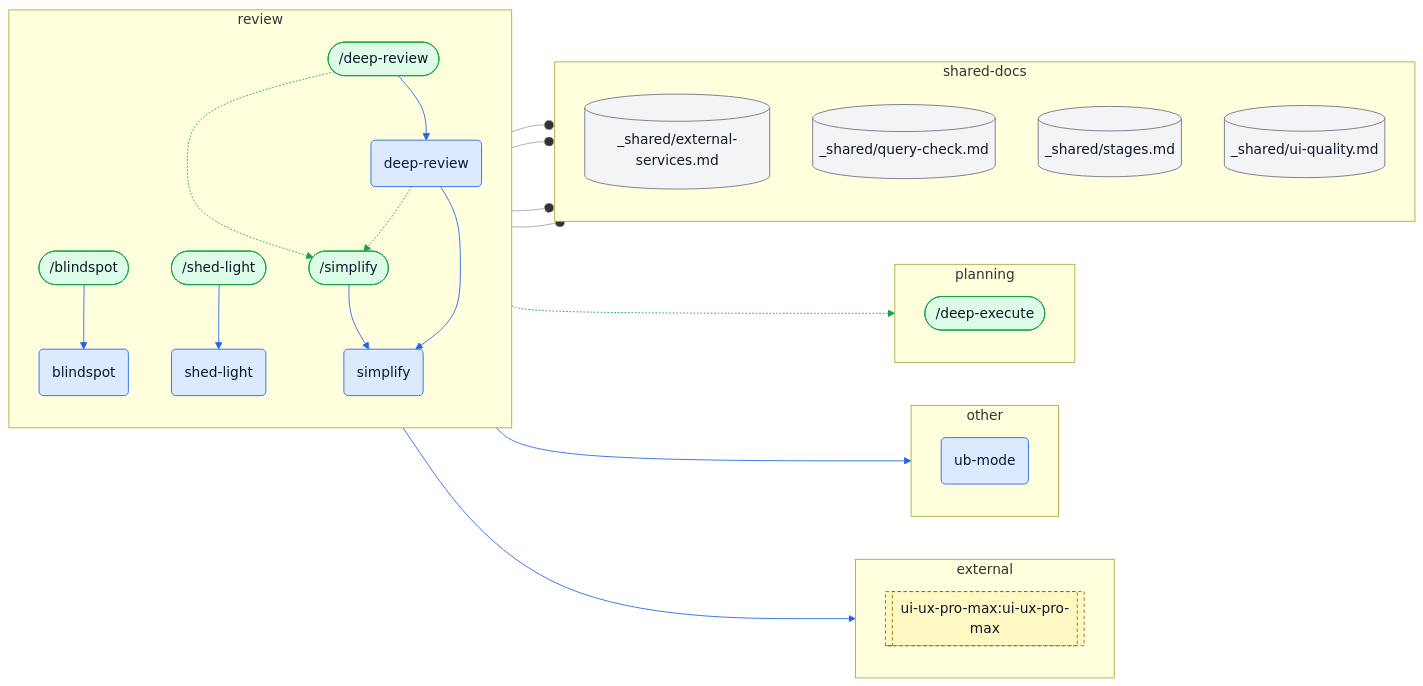
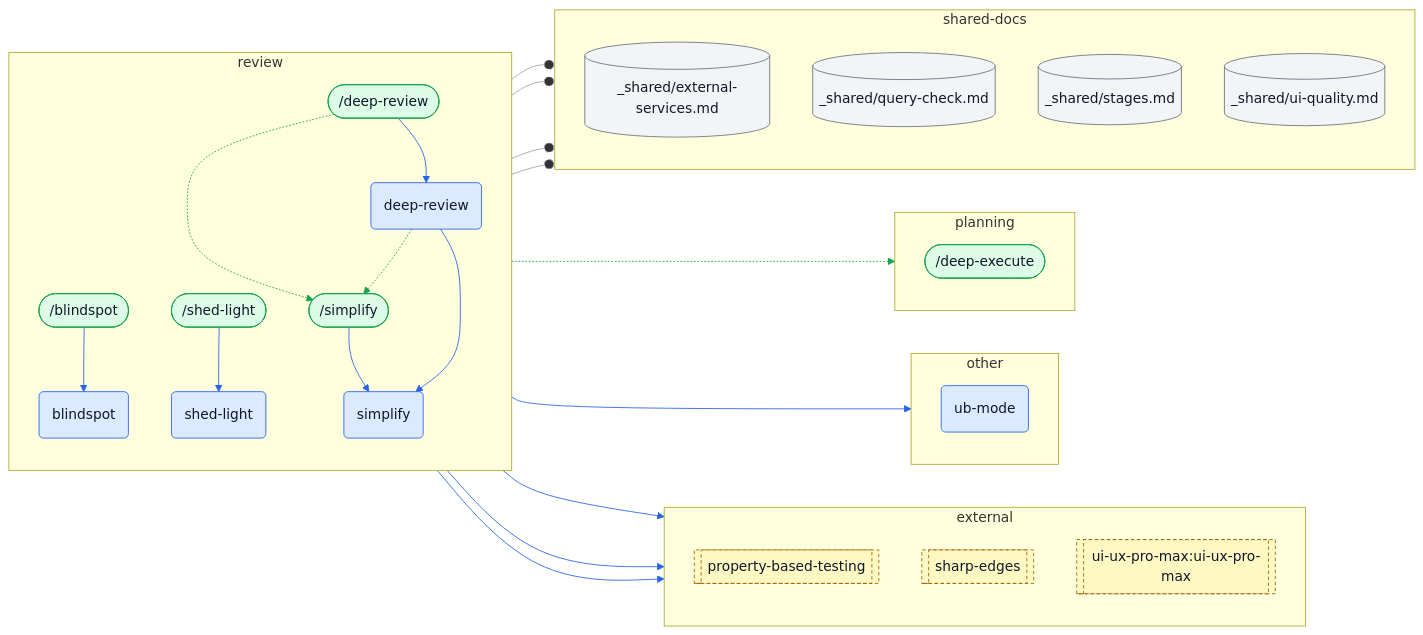
Before and after one commit to ybarsotti/dotfiles: the seventh of 10 diagrams in docs/skills-map.md, drawn with Mermaid. The commit also changed other lines of this file and 12 other files, not shown here.

````diff
--- a/docs/skills-map.md
+++ b/docs/skills-map.md
@@ -788,67 +791,73 @@
 ```mermaid
 flowchart LR
   subgraph cl_external["external"]
     direction TB
+    x_property_based_testing[["property-based-testing"]]:::external
+    x_sharp_edges[["sharp-edges"]]:::external
     x_ui_ux_pro_max_ui_ux_pro_max[["ui-ux-pro-max:ui-ux-pro-max"]]:::external
   end
   subgraph cl_other["other"]
     direction TB
     s_ub_mode("ub-mode"):::skill
   end
   subgraph cl_planning["planning"]
     direction TB
     c_deep_execute(["/deep-execute"]):::command
   end
   subgraph cl_review["review"]
     direction TB
     c_blindspot(["/blindspot"]):::command
     c_deep_review(["/deep-review"]):::command
     c_shed_light(["/shed-light"]):::command
     c_simplify(["/simplify"]):::command
     s_blindspot("blindspot"):::skill
     s_deep_review("deep-review"):::skill
     s_shed_light("shed-light"):::skill
     s_simplify("simplify"):::skill
   end
   subgraph cl_shared_docs["shared-docs"]
     direction TB
     d_external_services[("_shared/external-services.md")]:::shared
     d_query_check[("_shared/query-check.md")]:::shared
     d_stages[("_shared/stages.md")]:::shared
     d_ui_quality[("_shared/ui-quality.md")]:::shared
   end
   c_blindspot --> s_blindspot
   c_deep_review -.-> c_simplify
   c_deep_review --> s_deep_review
   c_shed_light --> s_shed_light
   c_simplify --> s_simplify
   s_deep_review -.-> c_deep_execute
   s_deep_review -.-> c_simplify
   s_deep_review --o d_external_services
   s_deep_review --o d_query_check
   s_deep_review --o d_stages
   s_deep_review --o d_ui_quality
   s_deep_review --> s_simplify
   s_deep_review --> s_ub_mode
+  s_deep_review --> x_property_based_testing
+  s_deep_review --> x_sharp_edges
   s_deep_review --> x_ui_ux_pro_max_ui_ux_pro_max
   linkStyle 0 stroke:#2563eb
   linkStyle 1 stroke:#16a34a
   linkStyle 2 stroke:#2563eb
   linkStyle 3 stroke:#2563eb
   linkStyle 4 stroke:#2563eb
   linkStyle 5 stroke:#16a34a
   linkStyle 6 stroke:#16a34a
   linkStyle 7 stroke:#9ca3af
   linkStyle 8 stroke:#9ca3af
   linkStyle 9 stroke:#9ca3af
   linkStyle 10 stroke:#9ca3af
   linkStyle 11 stroke:#2563eb
   linkStyle 12 stroke:#2563eb
   linkStyle 13 stroke:#2563eb
+  linkStyle 14 stroke:#2563eb
+  linkStyle 15 stroke:#2563eb
   classDef skill fill:#dbeafe,stroke:#2563eb,color:#0f172a
   classDef command fill:#dcfce7,stroke:#16a34a,color:#0f172a
   classDef agent fill:#fce7f3,stroke:#db2777,color:#0f172a
   classDef shared fill:#f3f4f6,stroke:#6b7280,color:#0f172a
   classDef external fill:#fef9c3,stroke:#a16207,color:#0f172a,stroke-dasharray:4 3
   classDef step fill:#ffffff,stroke:#6b7280,color:#0f172a,stroke-dasharray:2 2
 ```
````
